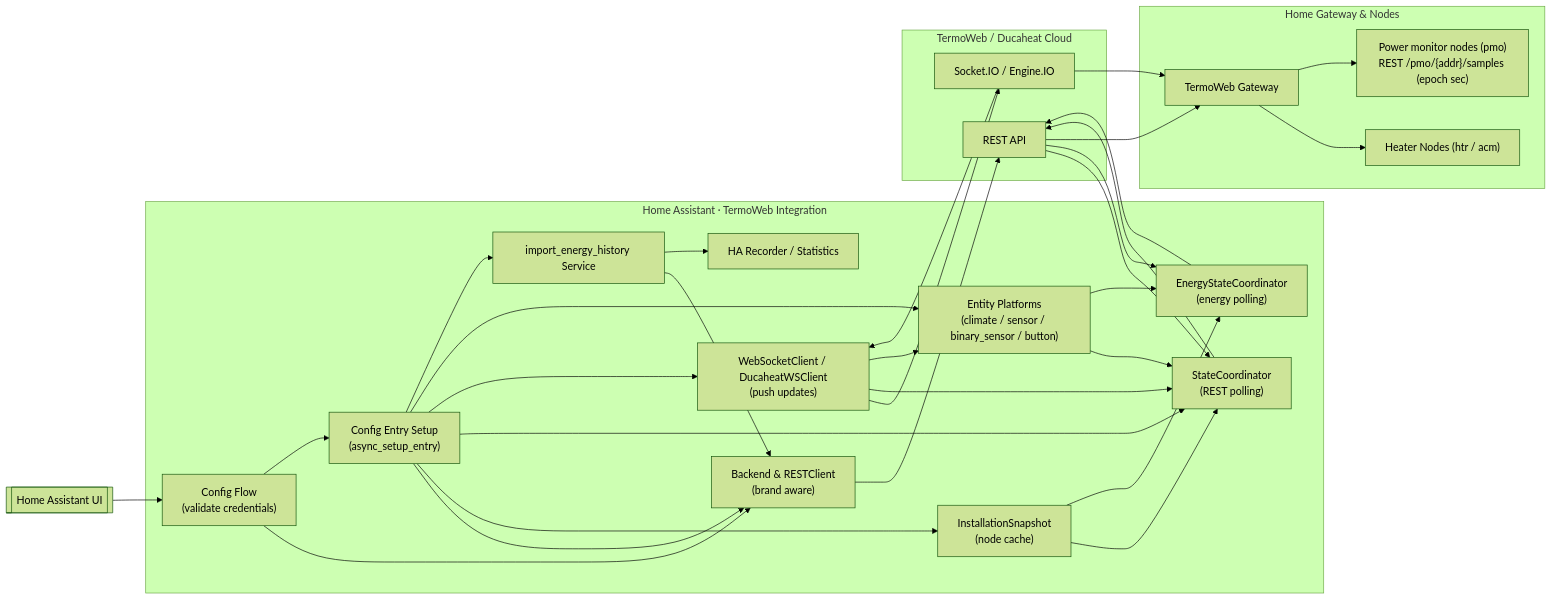
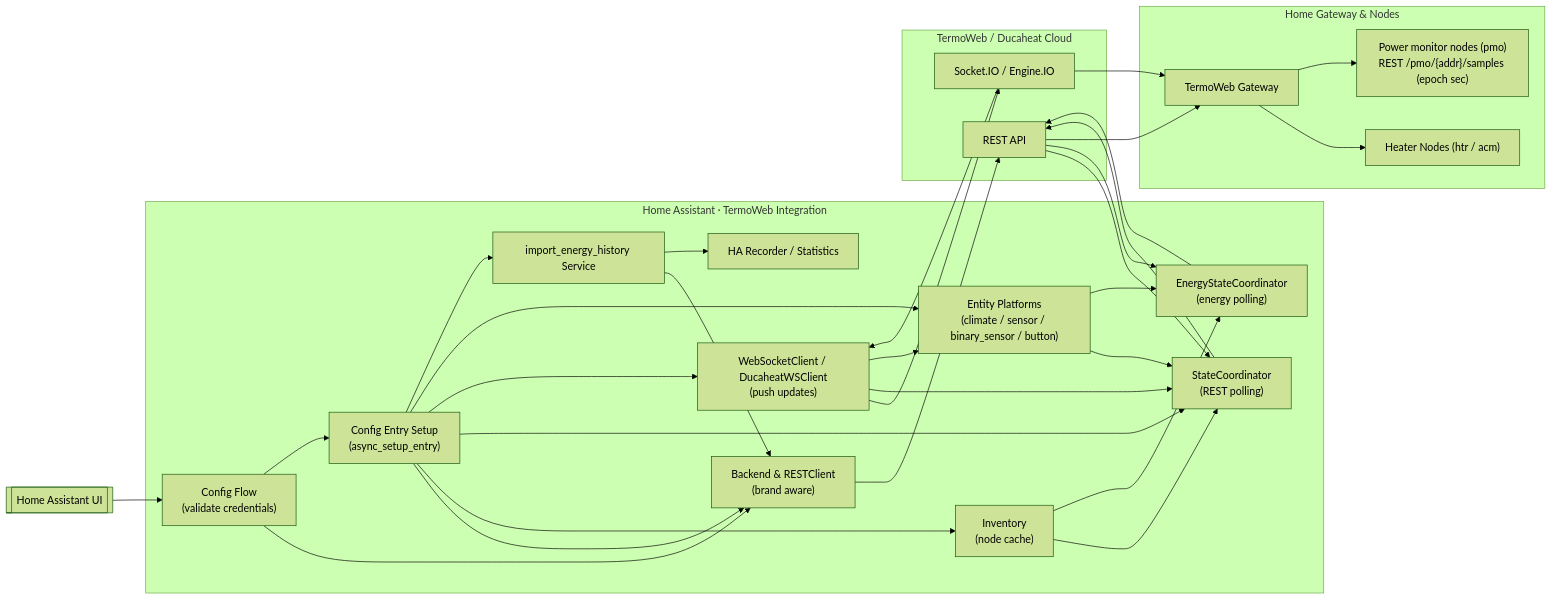
Before and after one commit to ha-termoweb/ha-termoweb: the first of 2 diagrams in docs/architecture.md, drawn with Mermaid (forest theme). The commit also changed other lines of this file and 10 other files, not shown here.

````diff
--- a/docs/architecture.md
+++ b/docs/architecture.md
@@ -87,61 +86,61 @@
 ```mermaid
 flowchart LR
     User[[Home Assistant UI]]
 
     subgraph HA[Home Assistant · TermoWeb Integration]
         CF["Config Flow\n(validate credentials)"]
         Setup["Config Entry Setup\n(async_setup_entry)"]
         BackendFactory["Backend & RESTClient\n(brand aware)"]
-        Snapshot["InstallationSnapshot\n(node cache)"]
+        Snapshot["Inventory\n(node cache)"]
         Coord["StateCoordinator\n(REST polling)"]
         EnergyCoord["EnergyStateCoordinator\n(energy polling)"]
         Entities["Entity Platforms\n(climate / sensor / binary_sensor / button)"]
         WS["WebSocketClient / DucaheatWSClient\n(push updates)"]
         Service[import_energy_history Service]
         Recorder[HA Recorder / Statistics]
     end
 
     subgraph Cloud[TermoWeb / Ducaheat Cloud]
         REST[REST API]
         Socket[Socket.IO / Engine.IO]
     end
 
     subgraph Field[Home Gateway & Nodes]
         Gateway[TermoWeb Gateway]
         Htr["Heater Nodes (htr / acm)"]
         Pmo["Power monitor nodes (pmo)\nREST /pmo/{addr}/samples (epoch sec)"]
     end
 
     User --> CF
     CF --> BackendFactory
     CF --> Setup
     Setup --> BackendFactory
     Setup --> Snapshot
     Setup --> Coord
     Setup --> WS
     Setup --> Entities
     Setup --> Service
 
     BackendFactory --> REST
     Coord --> REST
     REST --> Coord
     WS --> Socket
     Socket --> WS
     WS --> Coord
     WS --> Entities
 
     Snapshot --> Coord
     Snapshot --> EnergyCoord
     EnergyCoord --> REST
     REST --> EnergyCoord
 
     Entities --> Coord
     Entities --> EnergyCoord
     Service --> BackendFactory
     Service --> Recorder
 
     REST --> Gateway
     Socket --> Gateway
     Gateway --> Htr
     Gateway --> Pmo
 ```
````
